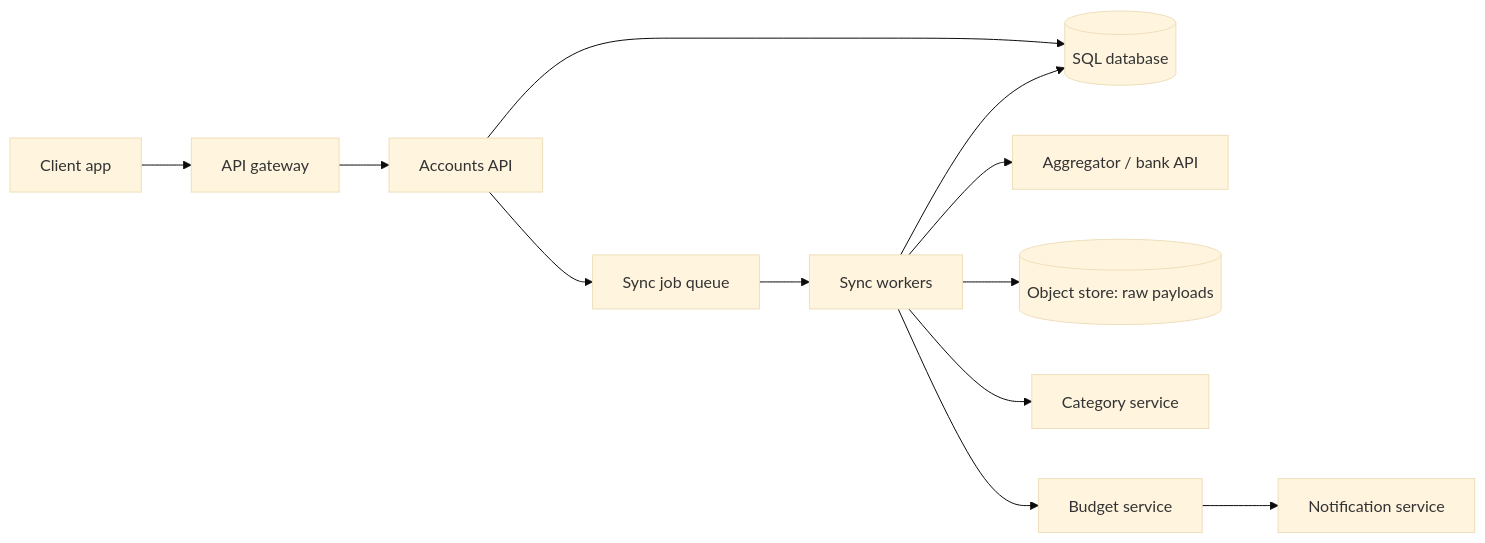
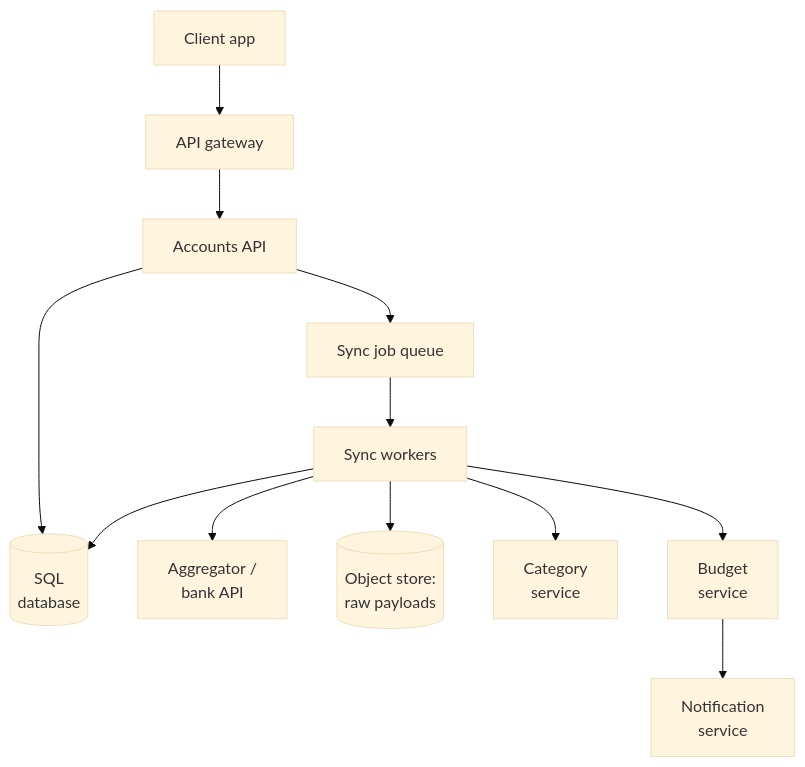
One commit to butyavk/system-design changed the first of 3 diagrams in src/content/docs/practice/personal-finance-mint.mdx. Above: the diagram before and after it, drawn with Mermaid (base theme). The commit also changed other lines of this file and 144 other files, not shown here.

````diff
--- a/src/content/docs/practice/personal-finance-mint.mdx
+++ b/src/content/docs/practice/personal-finance-mint.mdx
@@ -76,14 +76,14 @@
 ```mermaid
-flowchart LR
+flowchart TB
   client["Client app"] --> api["API gateway"]
   api --> accounts["Accounts API"]
-  accounts --> db[("SQL database")]
+  accounts --> db[("SQL<br/>database")]
   accounts --> queue["Sync job queue"]
   queue --> sync["Sync workers"]
-  sync --> provider["Aggregator / bank API"]
-  sync --> raw[("Object store: raw payloads")]
-  sync --> categorize["Category service"]
+  sync --> provider["Aggregator /<br/>bank API"]
+  sync --> raw[("Object store:<br/>raw payloads")]
+  sync --> categorize["Category<br/>service"]
   sync --> db
-  sync --> budget["Budget service"]
-  budget --> notify["Notification service"]
+  sync --> budget["Budget<br/>service"]
+  budget --> notify["Notification<br/>service"]
 ```
````
